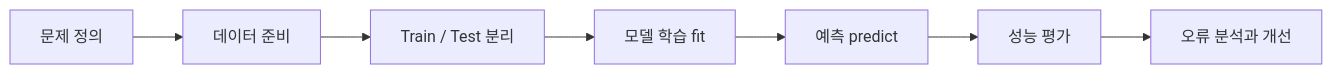
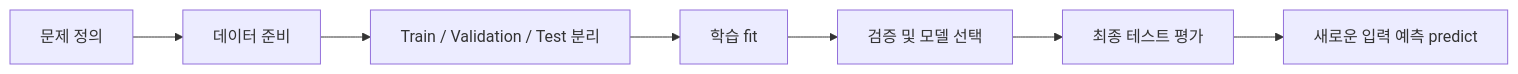
Before and after one commit to JSeong2024/MYPAUL-PYTHONEDU: the fifth of 5 diagrams in Classroom/PYTHON-2026-09/Intermediate/Lecture/Week-07/README.md, drawn with Mermaid. The commit also changed other lines of this file, not shown here.

````diff
--- a/Classroom/PYTHON-2026-09/Intermediate/Lecture/Week-07/README.md
+++ b/Classroom/PYTHON-2026-09/Intermediate/Lecture/Week-07/README.md
@@ -643,9 +760,9 @@
 ```mermaid
 flowchart LR
     A[문제 정의] --> B[데이터 준비]
-    B --> C[Train / Test 분리]
-    C --> D[모델 학습 fit]
-    D --> E[예측 predict]
-    E --> F[성능 평가]
-    F --> G[오류 분석과 개선]
+    B --> C[Train / Validation / Test 분리]
+    C --> D[학습 fit]
+    D --> E[검증 및 모델 선택]
+    E --> F[최종 테스트 평가]
+    F --> G[새로운 입력 예측 predict]
 ```
````
